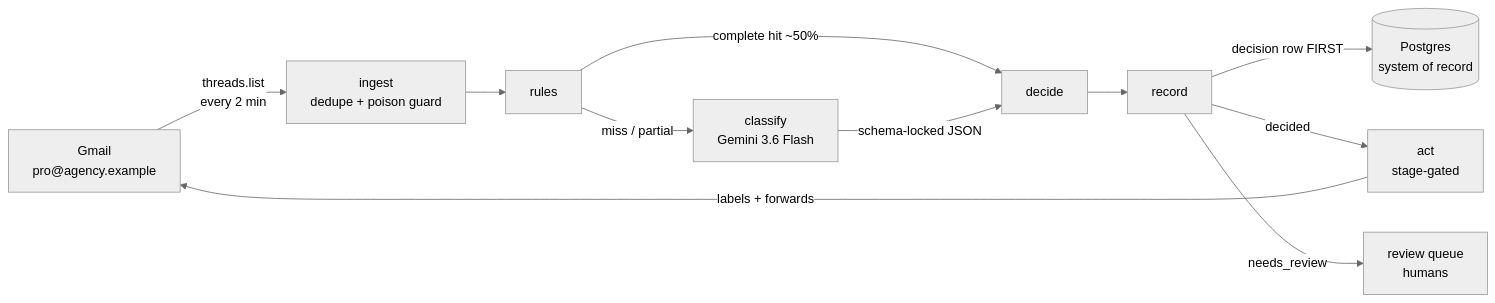
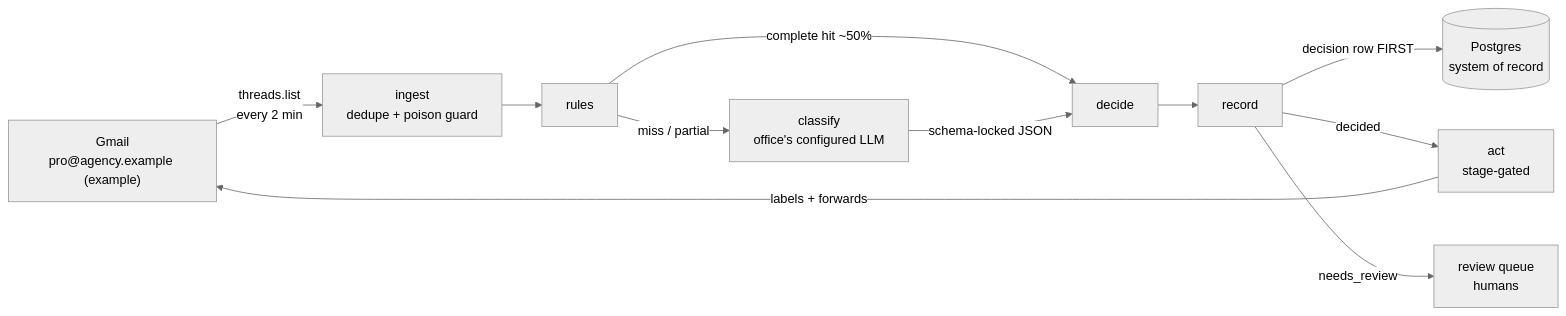
Before and after one commit to sungwoo-parkk/email-triage-langgraph: the diagram in docs/architecture.md, drawn with Mermaid (neutral theme). The commit also changed other lines of this file and 23 other files, not shown here.

````diff
--- a/docs/architecture.md
+++ b/docs/architecture.md
@@ -15,13 +32,13 @@
 ```mermaid
 flowchart LR
-    G["Gmail<br/>pro@agency.example"] -->|"threads.list<br/>every 2 min"| I["ingest<br/>dedupe + poison guard"]
+    G["Gmail<br/>pro@agency.example (example)"] -->|"threads.list<br/>every 2 min"| I["ingest<br/>dedupe + poison guard"]
     I --> R[rules]
     R -->|"complete hit ~50%"| D[decide]
-    R -->|"miss / partial"| C["classify<br/>Gemini 3.6 Flash"]
+    R -->|"miss / partial"| C["classify<br/>office's configured LLM"]
     C -->|"schema-locked JSON"| D
     D --> REC[record]
     REC -->|"decision row FIRST"| PG[("Postgres<br/>system of record")]
     REC -->|decided| A["act<br/>stage-gated"]
     REC -->|needs_review| H["review queue<br/>humans"]
     A -->|"labels + forwards"| G
 ```
````
